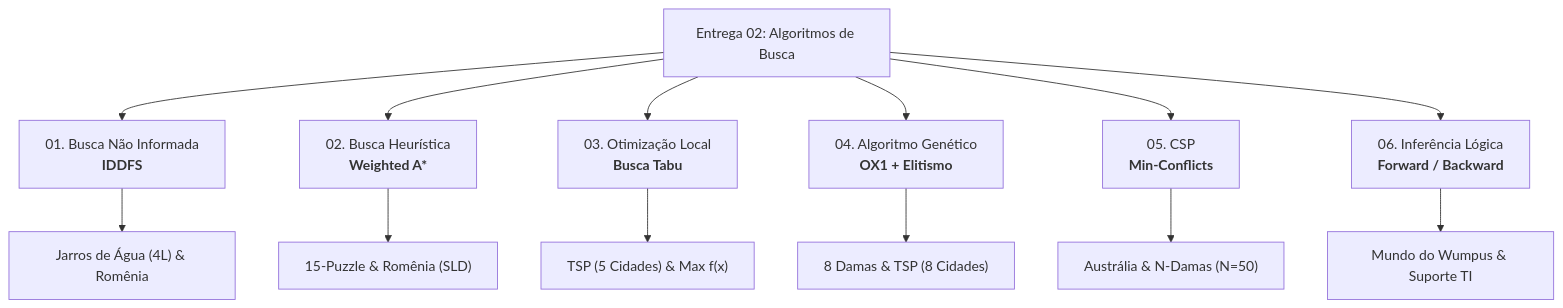
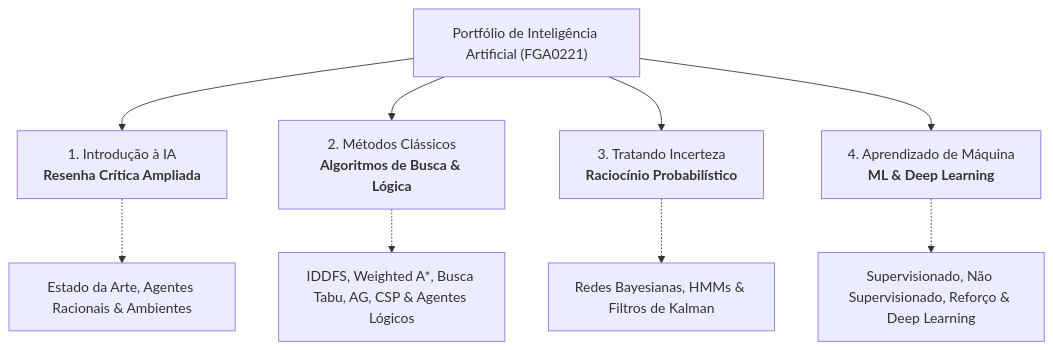
Before and after one commit to pedroG0/ai-portfolio: the diagram in README.md, drawn with Mermaid. The commit also changed other lines of this file and 13 other files, not shown here.

````diff
--- a/README.md
+++ b/README.md
@@ -54,18 +35,14 @@
 ```mermaid
 flowchart TD
-    E2["Entrega 02: Algoritmos de Busca"]
-    
-    E2 --> Uninformed["01. Busca Não Informada<br/><b>IDDFS</b>"]
-    E2 --> Informed["02. Busca Heurística<br/><b>Weighted A*</b>"]
-    E2 --> Local["03. Otimização Local<br/><b>Busca Tabu</b>"]
-    E2 --> Evolutionary["04. Algoritmo Genético<br/><b>OX1 + Elitismo</b>"]
-    E2 --> Constraints["05. CSP<br/><b>Min-Conflicts</b>"]
-    E2 --> Logical["06. Inferência Lógica<br/><b>Forward / Backward</b>"]
+    Portfolio["Portfólio de Inteligência Artificial (FGA0221)"]
 
-    Uninformed --> P1["Jarros de Água (4L) & Romênia"]
-    Informed --> P2["15-Puzzle & Romênia (SLD)"]
-    Local --> P3["TSP (5 Cidades) & Max f(x)"]
-    Evolutionary --> P4["8 Damas & TSP (8 Cidades)"]
-    Constraints --> P5["Austrália & N-Damas (N=50)"]
-    Logical --> P6["Mundo do Wumpus & Suporte TI"]
+    Portfolio --> P1["1. Introdução à IA<br/><b>Resenha Crítica Ampliada</b>"]
+    Portfolio --> P2["2. Métodos Clássicos<br/><b>Algoritmos de Busca & Lógica</b>"]
+    Portfolio --> P3["3. Tratando Incerteza<br/><b>Raciocínio Probabilístico</b>"]
+    Portfolio --> P4["4. Aprendizado de Máquina<br/><b>ML & Deep Learning</b>"]
+
+    P1 -.-> D1["Estado da Arte, Agentes Racionais & Ambientes"]
+    P2 -.-> D2["IDDFS, Weighted A*, Busca Tabu, AG, CSP & Agentes Lógicos"]
+    P3 -.-> D3["Redes Bayesianas, HMMs & Filtros de Kalman"]
+    P4 -.-> D4["Supervisionado, Não Supervisionado, Reforço & Deep Learning"]
 ```
````
